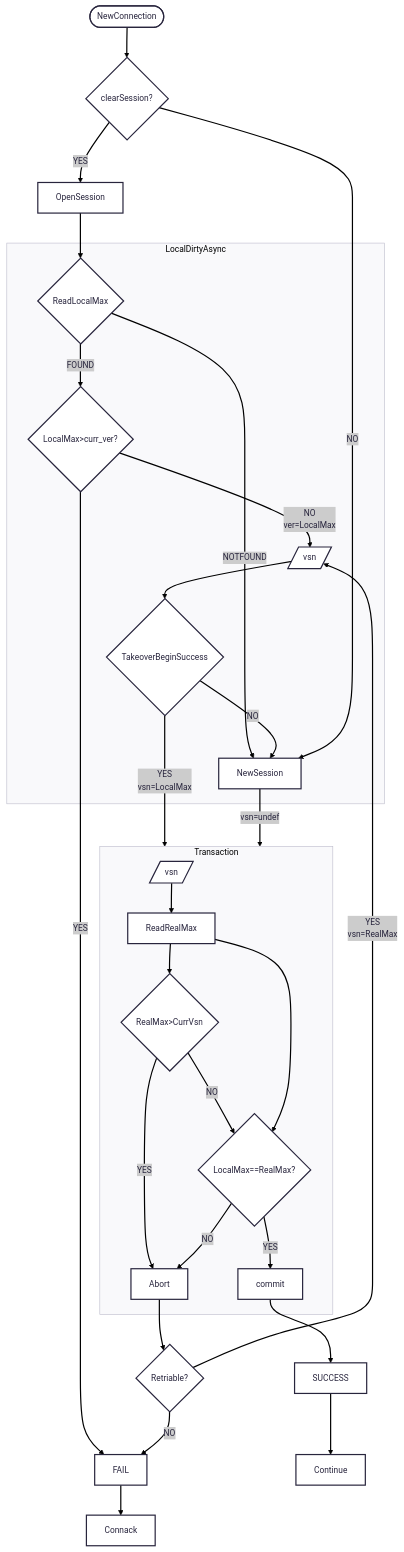
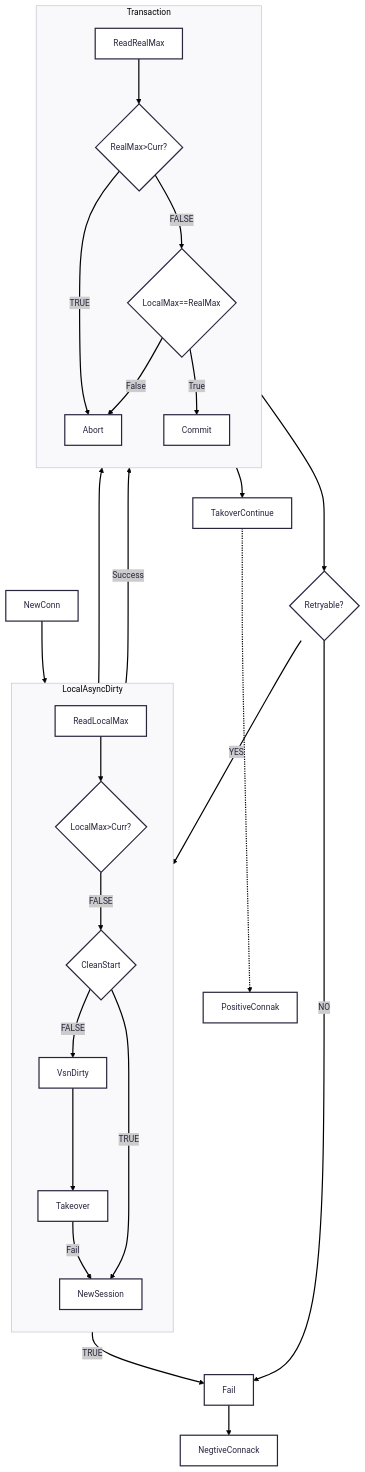
Before and after one commit to emqx/eip: the diagram in active/0030-emqx_linear_channel_registry.md, drawn with Mermaid.

Commit message:
update mermaid

````diff
--- a/active/0030-emqx_linear_channel_registry.md
+++ b/active/0030-emqx_linear_channel_registry.md
@@ -121,62 +121,57 @@
 ```mermaid
 ---
 config:
-  theme: redux
+      theme: redux
 ---
 flowchart TD
-    A(["NewConnection"]) --> B{"clearSession?"};
-   
-    B -- YES --> D["OpenSession"];
-    D --> E{"ReadLocalMax"};    
-    E -- FOUND --> E1{"LocalMax>curr_ver?"}
-    F0@{shape: lean-r, label: "vsn"}
-    E1 -- "`NO
-    ver=LocalMax`" --> F0
-    F0 --> F{"TakeoverBeginSuccess"};
-    E1 -- YES --> L2
+    NewConn-->ReadLocalMax
+    ReadLocalMax-->C0{LocalMax>Curr?}
+    C0--TRUE-->Fail
+    C0--FALSE-->C1{CleanStart}
+    VsnDirty --->Takeover
+    C1 --FALSE--> VsnDirty@{shape=input}
 
-    E -- NOTFOUND --> C;
-    F -- "`YES
-    vsn=LocalMax`" --> Transaction
+    Takeover--Fail-->NewSession
 
-    F -- NO --> C;
-    B -- NO --> C["NewSession"];
+    C1 --TRUE--> NewSession
 
-    H0@{shape: lean-r, label: "vsn"}
-    H0 --> H["ReadRealMax"]
-    H --> H1{"RealMax>CurrVsn"}
-    H1 -- YES --> K
-    H1 -- NO --> I
-    C --"vsn=undef"--> Transaction
-    H --> I{"LocalMax==RealMax?"}
-    I -- NO --> K["Abort"]
-    I -- YES --> J["commit"]
-    
-    J --> L1["SUCCESS"]
-    K --> M{Retriable?}
-    M --NO--> L2["FAIL"]
-    M --"`YES
-    vsn=RealMax`"--> F0
+    ReadRealMax-->C2{RealMax>Curr?}
 
-   L2 --> Z1["Connack"]
-   L1 --> Z0["Continue"]
-
-    subgraph Transaction
-        H0
-        H
-        H1
-        I
-        J
-        K
-    end
-
-    subgraph LocalDirtyAsync
-    E
-    E1
-    F0
-    F
-    C
-    end
+    Takeover--Success---->Transaction
+    NewSession-->Transaction
 
 
+    C2--FALSE-->C3{LocalMax==RealMax}
+    C2--TRUE-->Abort
+
+    C3--True-->Commit
+    C3--False-->Abort
+
+    
+    Abort-->C4{Retryable?};
+    C4--YES-->VsnDirty
+    C4--NO-->Fail
+
+    Commit-->TakoverContinue
+
+    Fail-->NegtiveConnack
+    TakoverContinue-..->PositiveConnak
+
+    subgraph LocalAsyncDirty
+        direction TB
+        ReadLocalMax
+        C0
+        C1
+        VsnDirty
+        Takeover
+        NewSession
+    end
+    subgraph Transaction
+        direction TB
+        ReadRealMax
+        C2
+        C3
+        Abort
+        Commit
+    end
 ```
````
